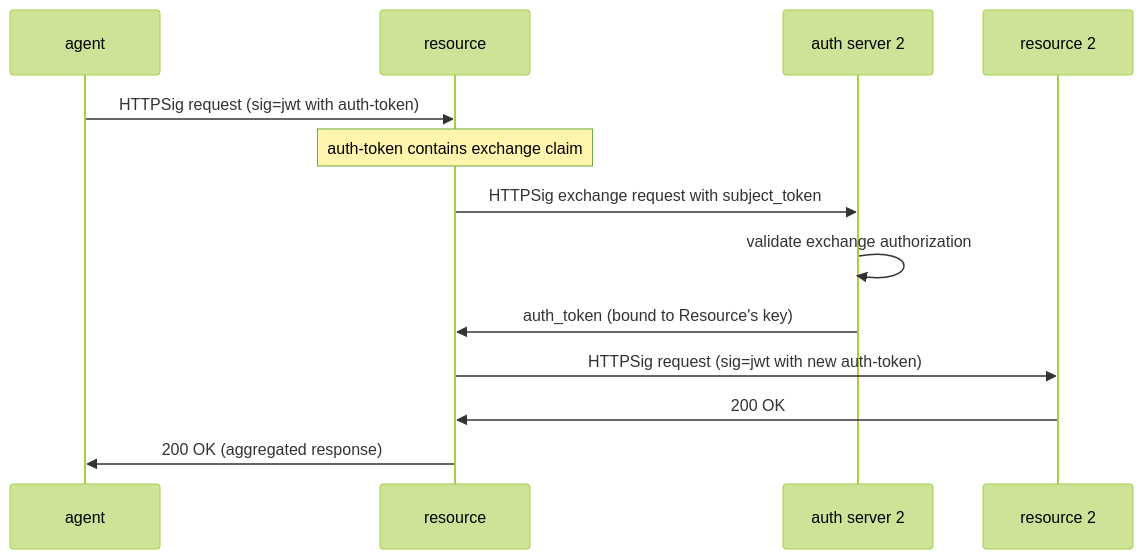
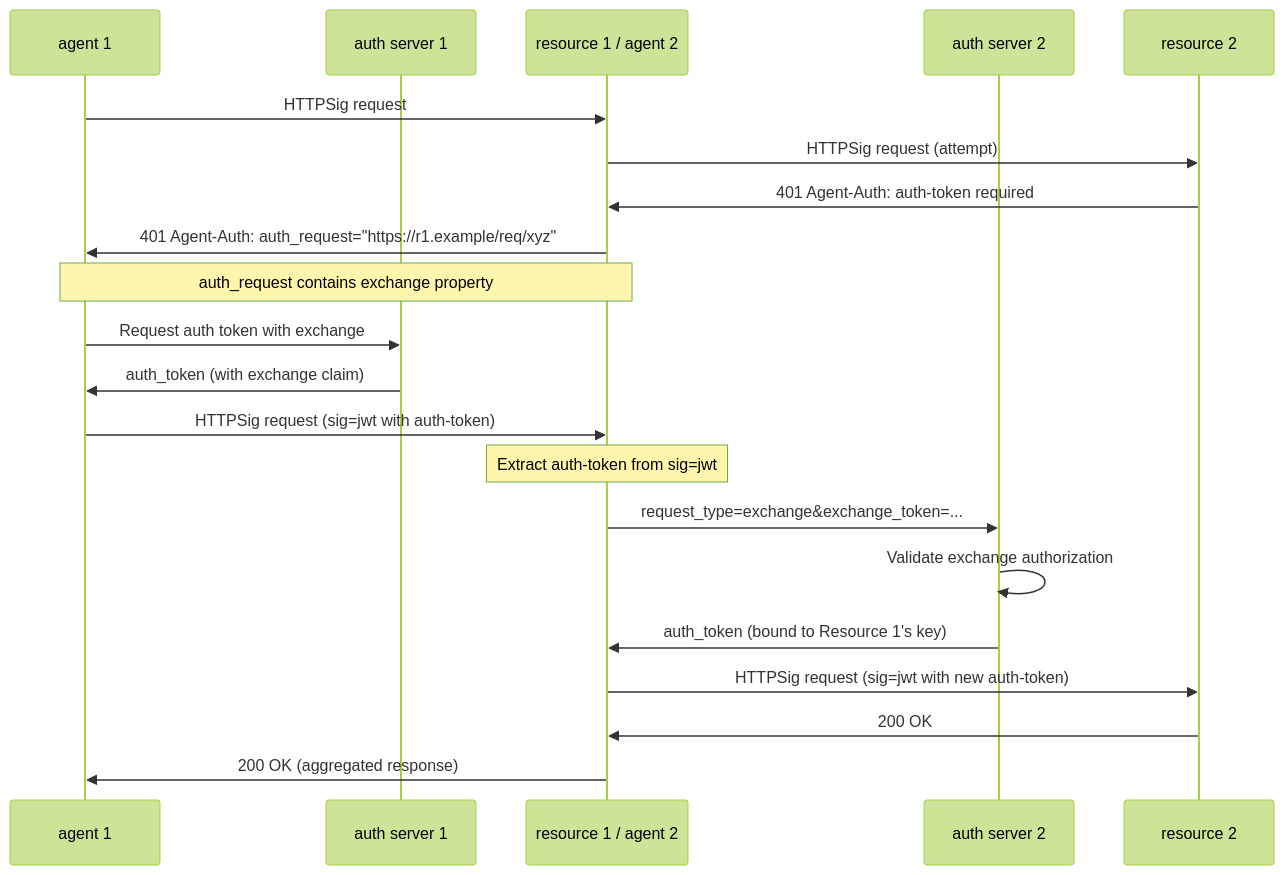
Before and after one commit to dickhardt/agent-auth: the eighth of 8 diagrams in README.md, drawn with Mermaid (forest theme). The commit also changed other lines of this file, not shown here.

First line of the commit message:
Update Section 8.6 and 8.7 structure and token exchange flow

````diff
--- a/README.md
+++ b/README.md
@@ -325,19 +325,30 @@
 ```mermaid
 sequenceDiagram
-    participant Agent as agent
-    participant Resource as resource
+    participant Agent1 as agent 1
+    participant Auth1 as auth server 1
+    participant Resource1 as resource 1 / agent 2
     participant Auth2 as auth server 2
     participant Resource2 as resource 2
 
-    Agent->>Resource: HTTPSig request (sig=jwt with auth-token)
-    Note over Resource: auth-token contains exchange claim
+    Agent1->>Resource1: HTTPSig request
+    Resource1->>Resource2: HTTPSig request (attempt)
+    Resource2->>Resource1: 401 Agent-Auth: auth-token required
 
-    Resource->>Auth2: HTTPSig exchange request with subject_token
-    Auth2->>Auth2: validate exchange authorization
-    Auth2->>Resource: auth_token (bound to Resource's key)
+    Resource1->>Agent1: 401 Agent-Auth: auth_request="https://r1.example/req/xyz"
+    Note over Resource1,Agent1: auth_request contains exchange property
 
-    Resource->>Resource2: HTTPSig request (sig=jwt with new auth-token)
-    Resource2->>Resource: 200 OK
+    Agent1->>Auth1: Request auth token with exchange
+    Auth1->>Agent1: auth_token (with exchange claim)
 
-    Resource->>Agent: 200 OK (aggregated response)
+    Agent1->>Resource1: HTTPSig request (sig=jwt with auth-token)
+    Note over Resource1: Extract auth-token from sig=jwt
+
+    Resource1->>Auth2: request_type=exchange&exchange_token=...
+    Auth2->>Auth2: Validate exchange authorization
+    Auth2->>Resource1: auth_token (bound to Resource 1's key)
+
+    Resource1->>Resource2: HTTPSig request (sig=jwt with new auth-token)
+    Resource2->>Resource1: 200 OK
+
+    Resource1->>Agent1: 200 OK (aggregated response)
 ```
````
